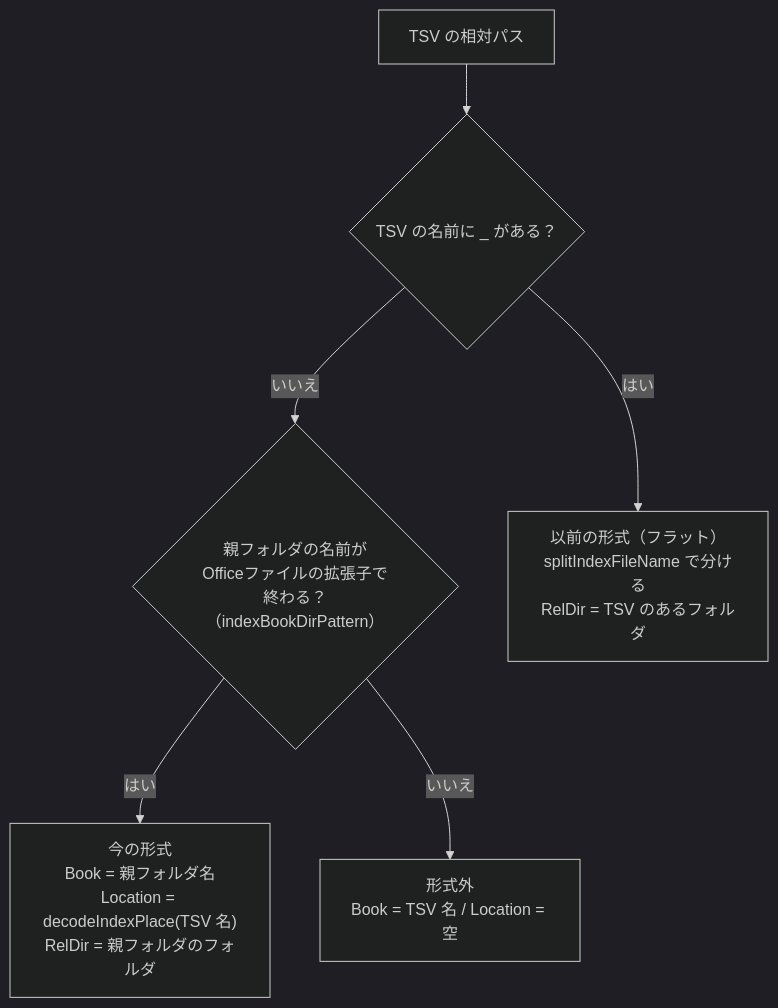
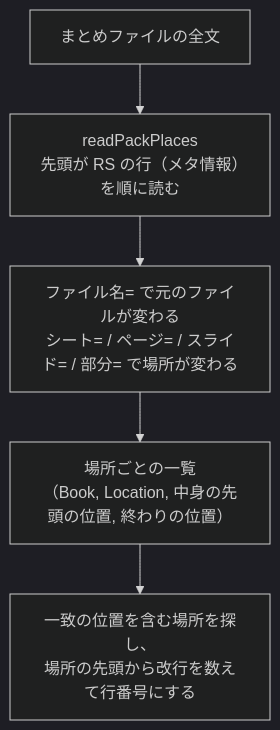
Before and after one commit to hsgwa/tebunko: the fifth of 5 diagrams in docs/02_検索.md, drawn with Mermaid (dark theme). The commit also changed other lines of this file and 49 other files, not shown here.

````diff
--- a/docs/02_検索.md
+++ b/docs/02_検索.md
@@ -240,8 +251,7 @@
 ```mermaid
 flowchart TD
-    A["TSV の相対パス"] --> B{"TSV の名前に _ がある？"}
-    B -- いいえ --> C{"親フォルダの名前が<br>Officeファイルの拡張子で終わる？<br>（indexBookDirPattern）"}
-    C -- はい --> D["今の形式<br>Book = 親フォルダ名<br>Location = decodeIndexPlace(TSV 名)<br>RelDir = 親フォルダのフォルダ"]
-    C -- いいえ --> E["形式外<br>Book = TSV 名 / Location = 空"]
-    B -- はい --> F["以前の形式（フラット）<br>splitIndexFileName で分ける<br>RelDir = TSV のあるフォルダ"]
+    A["まとめファイルの全文"] --> B["readPackPlaces<br>先頭が RS の行（メタ情報）を順に読む"]
+    B --> C["ファイル名= で元のファイルが変わる<br>シート= / ページ= / スライド= / 部分= で場所が変わる"]
+    C --> D["場所ごとの一覧<br>（Book, Location, 中身の先頭の位置, 終わりの位置）"]
+    D --> E["一致の位置を含む場所を探し、<br>場所の先頭から改行を数えて行番号にする"]
 ```
````
